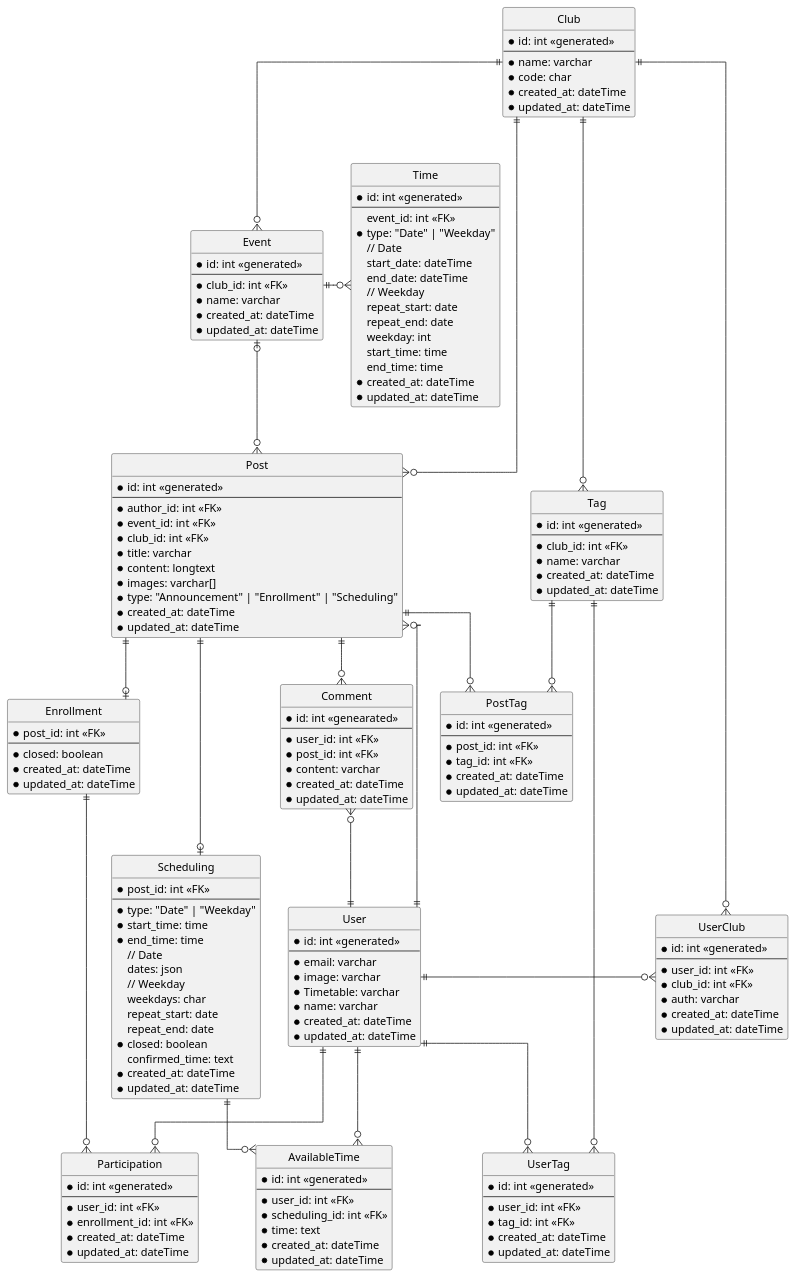
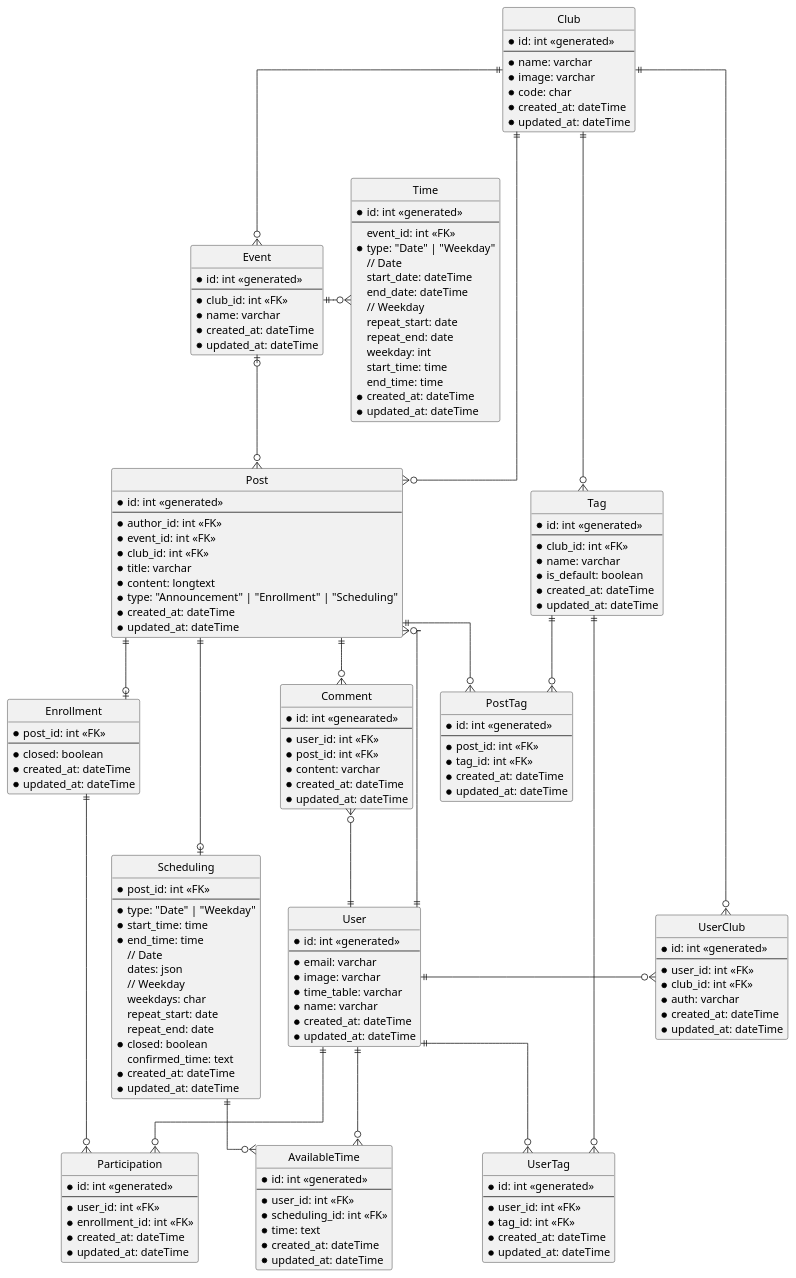
The diagram in udong-backend/docs/db-schema.puml (swsnu/swppfall2022-team1), drawn with PlantUML before and after one commit. The commit also changed 1 other file, not shown here.

Commit message:
:memo: Fix schema diagram (#273)

```diff
--- a/udong-backend/docs/db-schema.puml
+++ b/udong-backend/docs/db-schema.puml
@@ -1,179 +1,180 @@
 @startuml Udong
 hide circle
 
 skinparam linetype ortho
 
 entity User {
   *id: int <<generated>>
   --
   *email: varchar
   *image: varchar
-  *Timetable: varchar
+  *time_table: varchar
   *name: varchar
   *created_at: dateTime
   *updated_at: dateTime
 }
 
 entity Club {
   *id: int <<generated>>
   --
   *name: varchar
+  *image: varchar
   *code: char
   *created_at: dateTime
   *updated_at: dateTime
 }
 
 entity UserClub {
   *id: int <<generated>>
   --
   *user_id: int <<FK>>
   *club_id: int <<FK>>
   *auth: varchar
   *created_at: dateTime
   *updated_at: dateTime
 }
 
 entity Event {
   *id: int <<generated>>
   --
   *club_id: int <<FK>>
   *name: varchar
   *created_at: dateTime
   *updated_at: dateTime
 }
 
 entity Time {
   *id: int <<generated>>
   --
   event_id: int <<FK>>
   *type: "Date" | "Weekday"
   // Date
   start_date: dateTime
   end_date: dateTime
   // Weekday
   repeat_start: date
   repeat_end: date
   weekday: int
   start_time: time
   end_time: time
   *created_at: dateTime
   *updated_at: dateTime
 }
 
 entity Tag {
   *id: int <<generated>>
   --
   *club_id: int <<FK>>
   *name: varchar
+  *is_default: boolean
   *created_at: dateTime
   *updated_at: dateTime
 }
 
 entity UserTag {
   *id: int <<generated>>
   --
   *user_id: int <<FK>>
   *tag_id: int <<FK>>
   *created_at: dateTime
   *updated_at: dateTime
 }
 
 entity Post {
   *id: int <<generated>>
   --
   *author_id: int <<FK>>
   *event_id: int <<FK>>
   *club_id: int <<FK>>
   *title: varchar
   *content: longtext
-  *images: varchar[]
   *type: "Announcement" | "Enrollment" | "Scheduling"
   *created_at: dateTime
   *updated_at: dateTime
 }
 
 entity Enrollment {
   *post_id: int <<FK>>
   --
   *closed: boolean
   *created_at: dateTime
   *updated_at: dateTime
 }
 
 entity Scheduling {
   *post_id: int <<FK>>
   --
   *type: "Date" | "Weekday"
   *start_time: time
   *end_time: time
   // Date
   dates: json
   // Weekday
   weekdays: char
   repeat_start: date
   repeat_end: date
   *closed: boolean
   confirmed_time: text
   *created_at: dateTime
   *updated_at: dateTime
 }
 
 entity Participation {
   *id: int <<generated>>
   --
   *user_id: int <<FK>>
   *enrollment_id: int <<FK>>
   *created_at: dateTime
   *updated_at: dateTime
 }
 
 entity AvailableTime {
   *id: int <<generated>>
   --
   *user_id: int <<FK>>
   *scheduling_id: int <<FK>>
   *time: text
   *created_at: dateTime
   *updated_at: dateTime
 }
 
 entity Comment {
   *id: int <<genearated>>
   --
   *user_id: int <<FK>>
   *post_id: int <<FK>>
   *content: varchar
   *created_at: dateTime
   *updated_at: dateTime
 }
 
 entity PostTag {
   *id: int <<generated>>
   --
   *post_id: int <<FK>>
   *tag_id: int <<FK>>
   *created_at: dateTime
   *updated_at: dateTime
 }
 
 User ||-r-o{ UserClub
 Club ||--o{ UserClub
 Club ||--o{ Event
 Time }o-r-|| Event
 User ||--o{ UserTag
 Tag ||--o{ UserTag
 Event |o-down-o{ Post
 Post }o-left-|| User
 Enrollment |o-up-|| Post
 Scheduling |o-up-|| Post
 User ||--o{ Participation
 Enrollment ||--o{ Participation
 User ||--o{ AvailableTime
 AvailableTime }o-l-|| Scheduling
 Comment }o--|| User
 Post ||--o{ PostTag
 Tag }o-up-|| Club
 Tag ||--o{ PostTag
 Post ||--o{ Comment
 Post }o--|| Club
 @enduml
```
